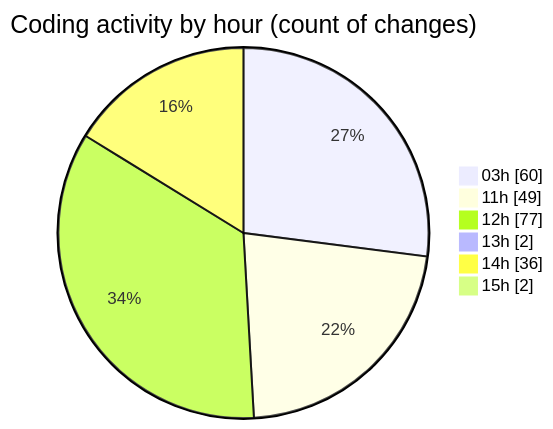
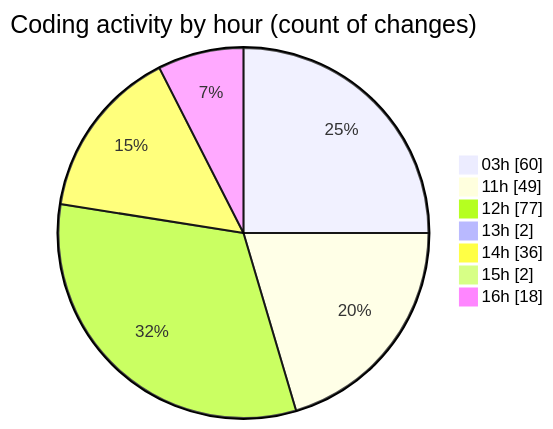
One commit to Ritupan-Deka/code-tracking changed the second of 2 diagrams in 2025-07-02/mern-thinkboard/README.md. Above: the diagram before and after it, drawn with Mermaid. The commit also changed other lines of this file and 1 other file, not shown here.

````diff
--- a/2025-07-02/mern-thinkboard/README.md
+++ b/2025-07-02/mern-thinkboard/README.md
@@ -39,10 +39,11 @@
 ```mermaid
 pie showData
 title Coding activity by hour (count of changes)
 "03h" : 60
 "11h" : 49
 "12h" : 77
 "13h" : 2
 "14h" : 36
 "15h" : 2
+"16h" : 18
 ```
````
